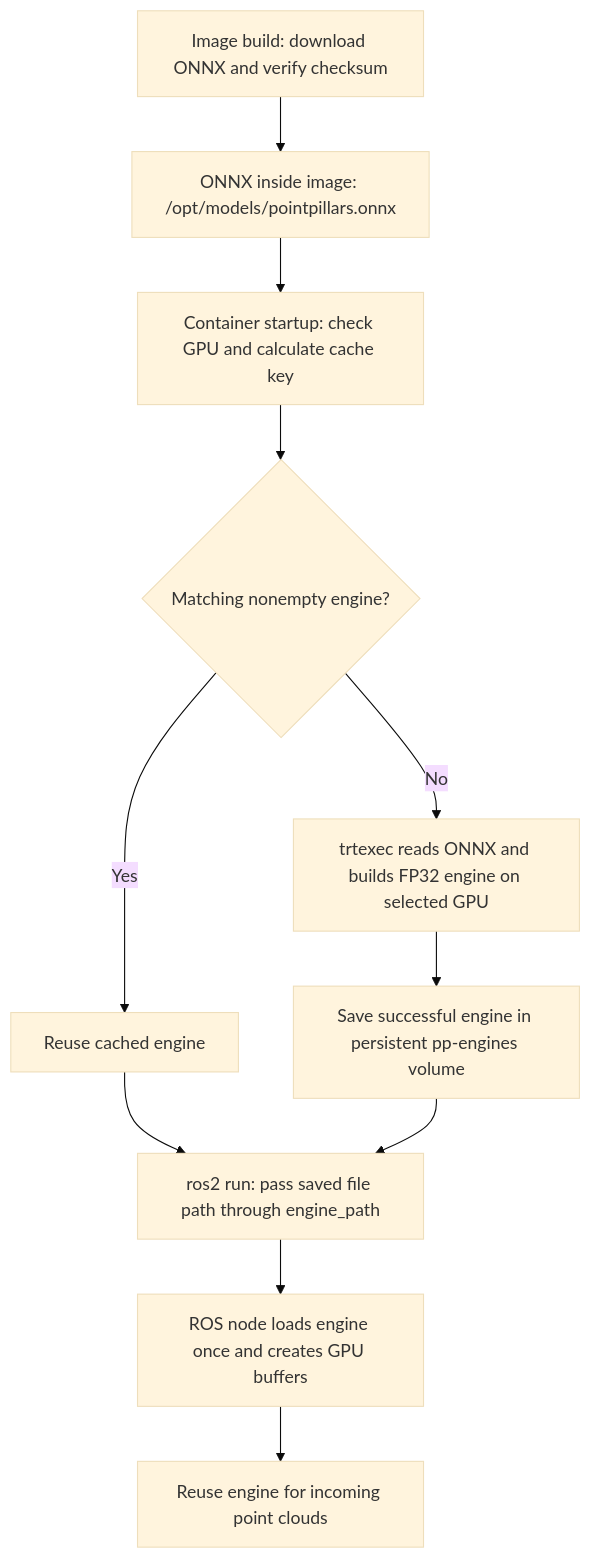
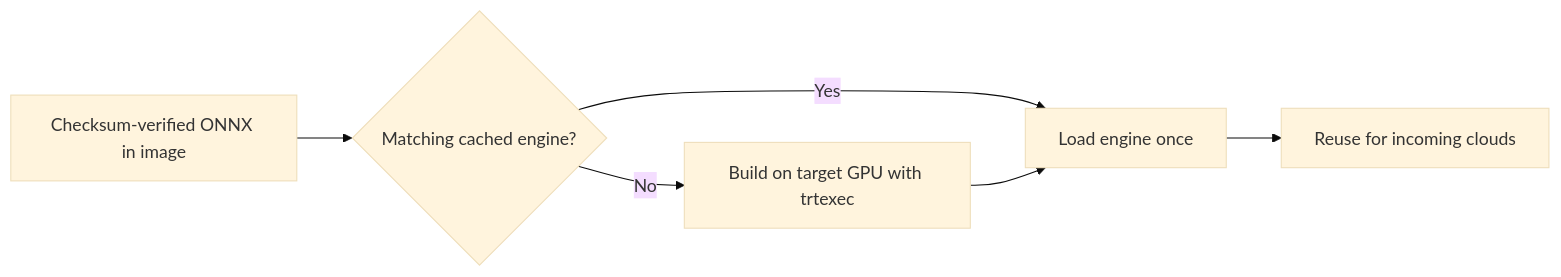
One commit to AhmedAliMohammed1/MasterThesis changed the second of 2 diagrams in README_PROJECT_EXPLANATIONS.md. Above: the diagram before and after it, drawn with Mermaid (base theme). The commit also changed other lines of this file and 182 other files, not shown here.

````diff
--- a/README_PROJECT_EXPLANATIONS.md
+++ b/README_PROJECT_EXPLANATIONS.md
@@ -210,13 +81,8 @@
 ```mermaid
-flowchart TD
-    A["Image build: download ONNX and verify checksum"] --> B["ONNX inside image: /opt/models/pointpillars.onnx"]
-    B --> C["Container startup: check GPU and calculate cache key"]
-    C --> D{"Matching nonempty engine?"}
-    D -->|"Yes"| E["Reuse cached engine"]
-    D -->|"No"| F["trtexec reads ONNX and builds FP32 engine on selected GPU"]
-    F --> G["Save successful engine in persistent pp-engines volume"]
-    E --> H["ros2 run: pass saved file path through engine_path"]
-    G --> H
-    H --> I["ROS node loads engine once and creates GPU buffers"]
-    I --> J["Reuse engine for incoming point clouds"]
+flowchart LR
+  A[Checksum-verified ONNX in image] --> B{Matching cached engine?}
+  B -->|Yes| D[Load engine once]
+  B -->|No| C[Build on target GPU with trtexec]
+  C --> D
+  D --> E[Reuse for incoming clouds]
 ```
````
